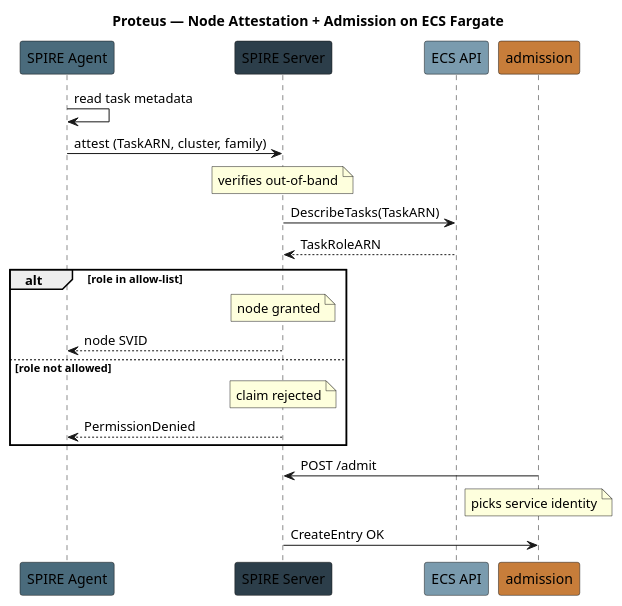
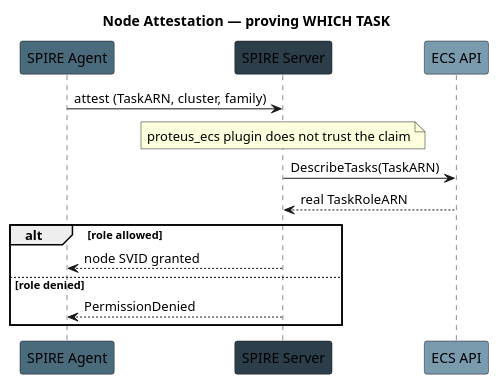
One commit to kiquetal/kiquetal.github.io changed the diagram in public/blog/2026-08-31-spiffe-on-ecs-with-envoy/proteus-node-attestation-seq.puml. Above: the diagram before and after it, drawn with PlantUML.

Commit message:
Refine node attestation sequence diagram: update title, clarify role verification, and improve flow

```diff
--- a/public/blog/2026-08-31-spiffe-on-ecs-with-envoy/proteus-node-attestation-seq.puml
+++ b/public/blog/2026-08-31-spiffe-on-ecs-with-envoy/proteus-node-attestation-seq.puml
@@ -1,26 +1,18 @@
 @startuml
-title Proteus — Node Attestation + Admission on ECS Fargate
+title Node Attestation — proving WHICH TASK
 
 participant "SPIRE Agent" as agent #4A6B7C
 participant "SPIRE Server" as server #2C3E4A
 participant "ECS API" as ecs #7A9BAE
-participant "admission" as ac #C77D3A
 
-agent -> agent : read task metadata
 agent -> server : attest (TaskARN, cluster, family)
-note over server : verifies out-of-band
+note over server : proteus_ecs plugin does not trust the claim
 server -> ecs : DescribeTasks(TaskARN)
-ecs --> server : TaskRoleARN
+ecs --> server : real TaskRoleARN
 
-alt role in allow-list
-    note over server : node granted
-    server --> agent : node SVID
-else role not allowed
-    note over server : claim rejected
+alt role allowed
+    server --> agent : node SVID granted
+else role denied
     server --> agent : PermissionDenied
 end
-
-ac -> server : POST /admit
-note over ac : picks service identity
-server -> ac : CreateEntry OK
 @enduml
```
